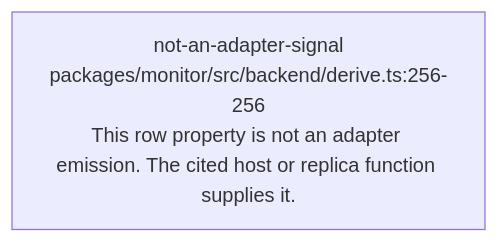
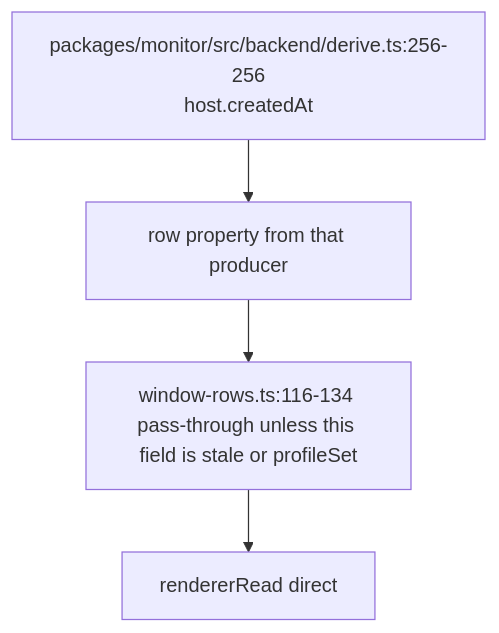
One commit to vibefield/puppeteer changed the diagram in audit/godview/evidence/acp/createdAt.mmd. Above: the diagram before and after it, drawn with Mermaid. The commit also changed 630 other files, not shown here.

First line of the commit message:
Record source scope and field-domain reachability for first-half rows.

```diff
--- a/audit/godview/evidence/acp/createdAt.mmd
+++ b/audit/godview/evidence/acp/createdAt.mmd
@@ -1,5 +1,9 @@
 %% field: field.createdAt
-%% adapter: acp
-%% forensic: source-read 748d015a7e393112e0a91dad80111fdf5abe6583; not a live sample
+%% sourceScope: host-supplied
+%% staticPresence: always-on-row
+%% liveObserved: false
 flowchart TD
-  n0["not-an-adapter-signal\npackages/monitor/src/backend/derive.ts:256-256\nThis row property is not an adapter emission. The cited host or replica function supplies it."]
+  producer["packages/monitor/src/backend/derive.ts:256-256\nhost.createdAt"]
+  producer --> row["row property from that producer"]
+  row --> window["window-rows.ts:116-134 pass-through unless this field is stale or profileSet"]
+  window --> reader["rendererRead direct"]
```
